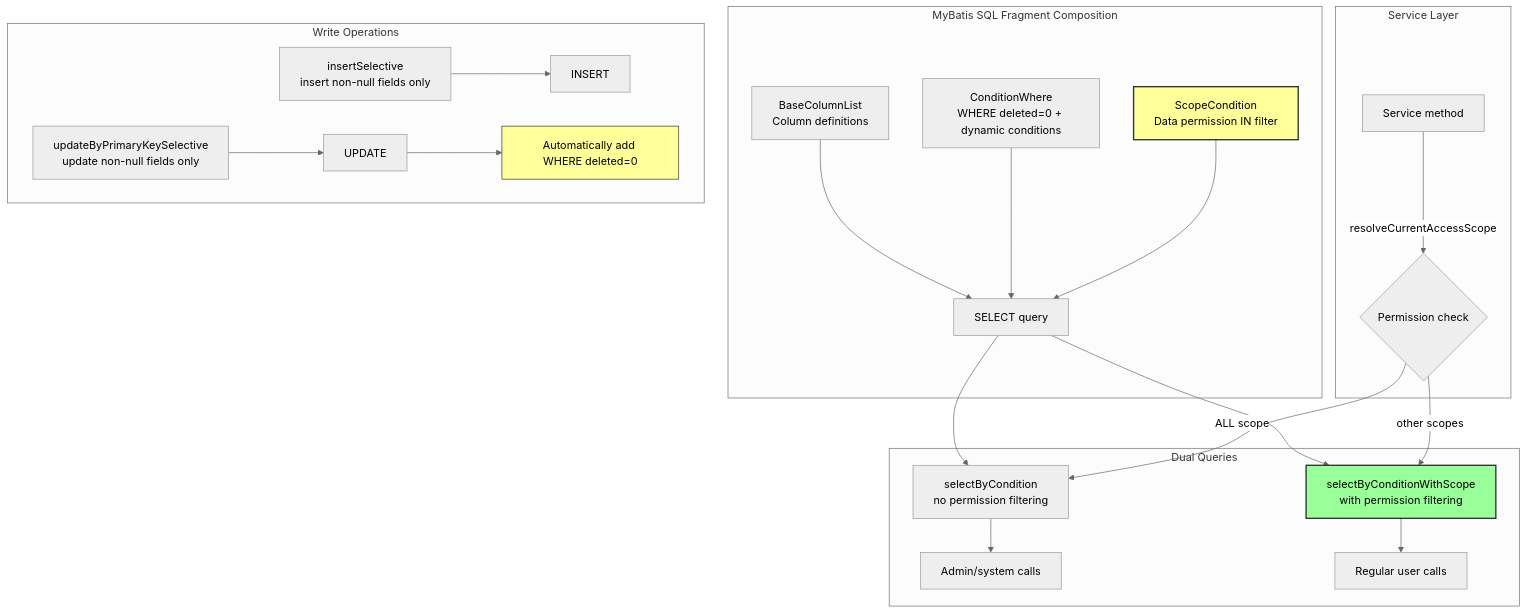
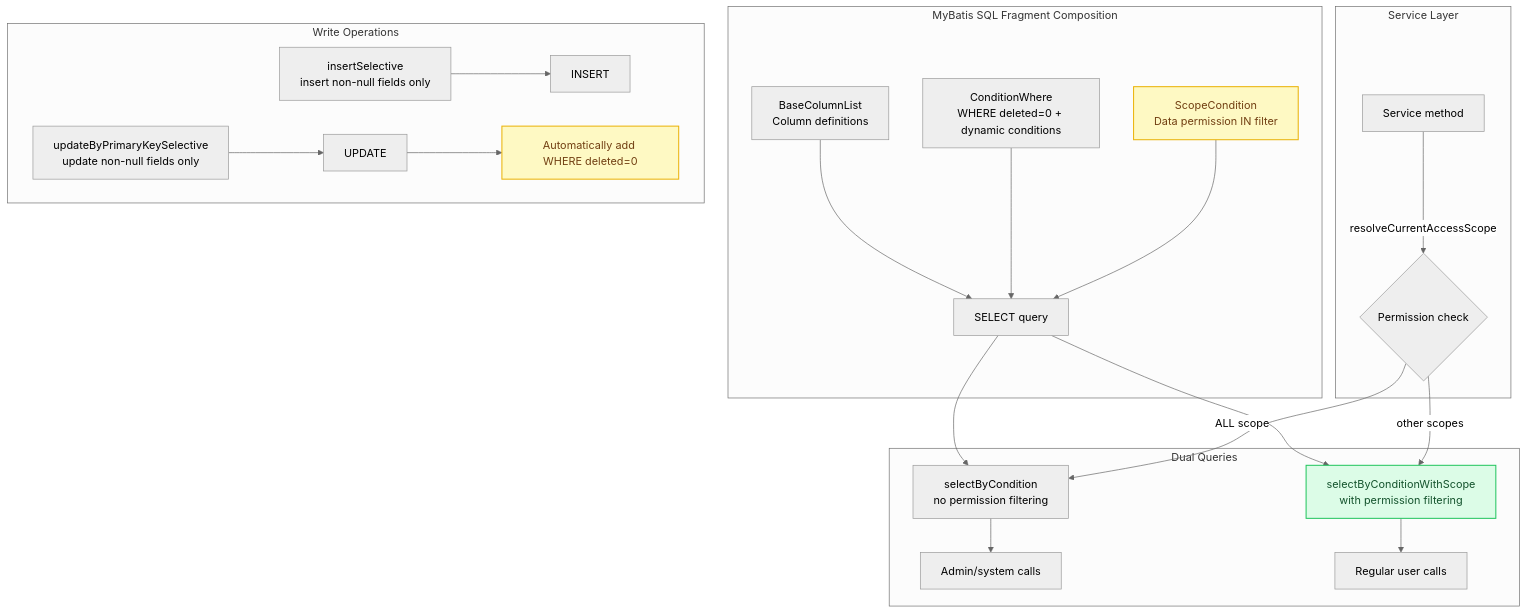
The diagram in en/architecture/mybatis-patterns.md (StevenTsai/distribution-architecture), drawn with Mermaid (neutral theme) before and after one commit. The commit also changed 16 other files, not shown here.

First line of the commit message:
feat(docs): render Mermaid diagrams and fix case-study 404s

````diff
--- a/en/architecture/mybatis-patterns.md
+++ b/en/architecture/mybatis-patterns.md
@@ -11,31 +11,33 @@
 ```mermaid
 flowchart TB
     subgraph SQLFragment["MyBatis SQL Fragment Composition"]
         A["BaseColumnList<br/>Column definitions"] --> D[SELECT query]
         B["ConditionWhere<br/>WHERE deleted=0 + dynamic conditions"] --> D
         C["ScopeCondition<br/>Data permission IN filter"] --> D
     end
 
     subgraph DualQueries["Dual Queries"]
         D --> E["selectByCondition<br/>no permission filtering"]
         D --> F["selectByConditionWithScope<br/>with permission filtering"]
         E --> G[Admin/system calls]
         F --> H[Regular user calls]
     end
 
     subgraph ServiceLayer["Service Layer"]
         I[Service method] -->|resolveCurrentAccessScope| J{Permission check}
         J -->|ALL scope| E
         J -->|other scopes| F
     end
 
     subgraph WriteOps["Write Operations"]
         K["insertSelective<br/>insert non-null fields only"] --> L[INSERT]
         M["updateByPrimaryKeySelective<br/>update non-null fields only"] --> N[UPDATE]
         N --> O["Automatically add WHERE deleted=0"]
     end
 
-    style C fill:#ff9,stroke:#333,stroke-width:2px
-    style F fill:#9f9,stroke:#333,stroke-width:2px
-    style O fill:#ff9,stroke:#333
+    class C warning
+    class F success
+    class O warning
+    classDef success fill:#dcfce7,stroke:#22c55e,color:#14532d,stroke-width:1.5px
+    classDef warning fill:#fef9c3,stroke:#eab308,color:#713f12,stroke-width:1.5px
 ```
````
